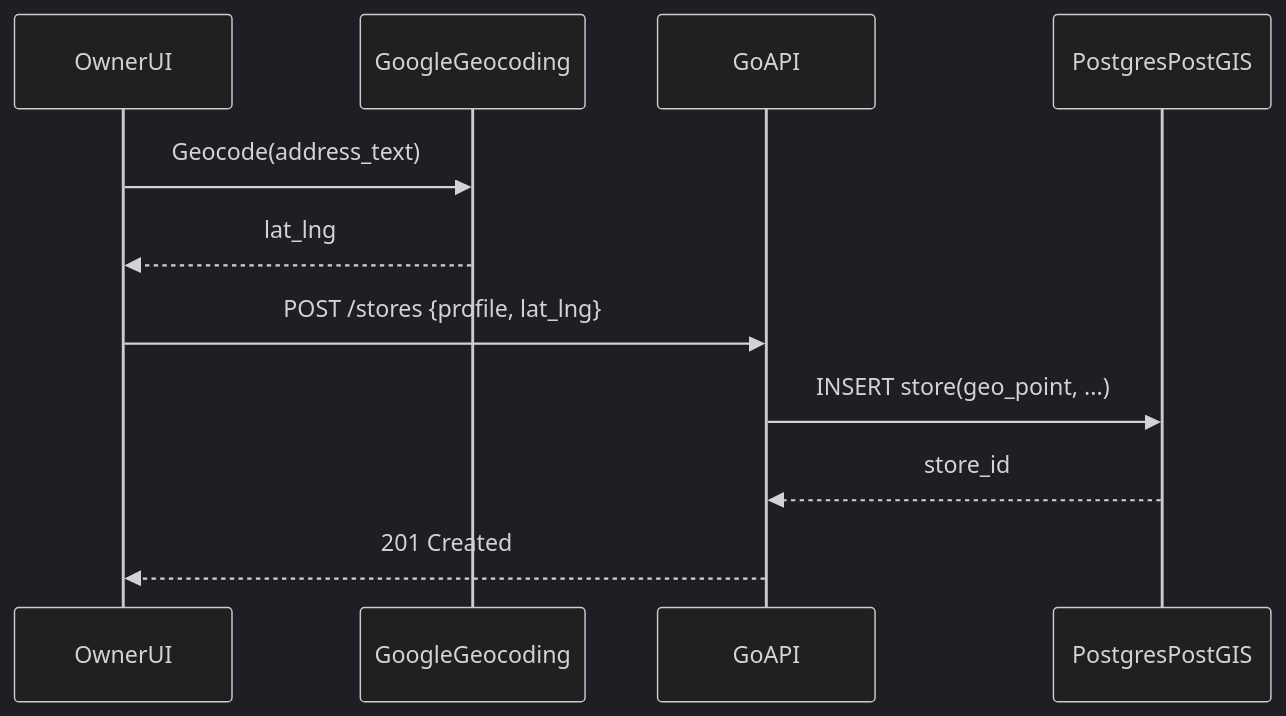
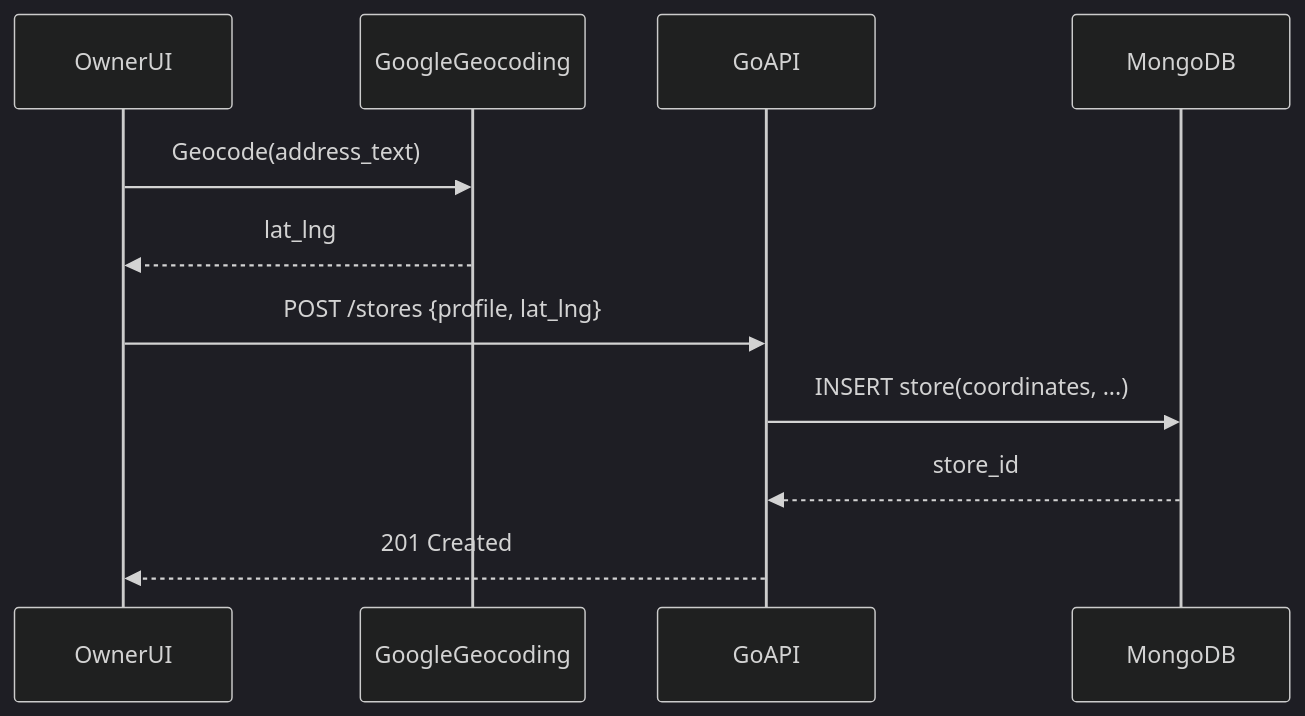
The second of 3 diagrams in docs/ARCHITECTURE.md (JaZtin21/tindahan), drawn with Mermaid (dark theme) before and after one commit. The commit also changed other lines of this file and 27 other files, not shown here.

````diff
--- a/docs/ARCHITECTURE.md
+++ b/docs/ARCHITECTURE.md
@@ -61,13 +65,13 @@
 ```mermaid
 sequenceDiagram
   participant Owner as OwnerUI
   participant Maps as GoogleGeocoding
   participant API as GoAPI
-  participant DB as PostgresPostGIS
+  participant DB as MongoDB
   Owner->>Maps: Geocode(address_text)
   Maps-->>Owner: lat_lng
   Owner->>API: POST /stores {profile, lat_lng}
-  API->>DB: INSERT store(geo_point, ...)
+  API->>DB: INSERT store(coordinates, ...)
   DB-->>API: store_id
   API-->>Owner: 201 Created
 ```
````
